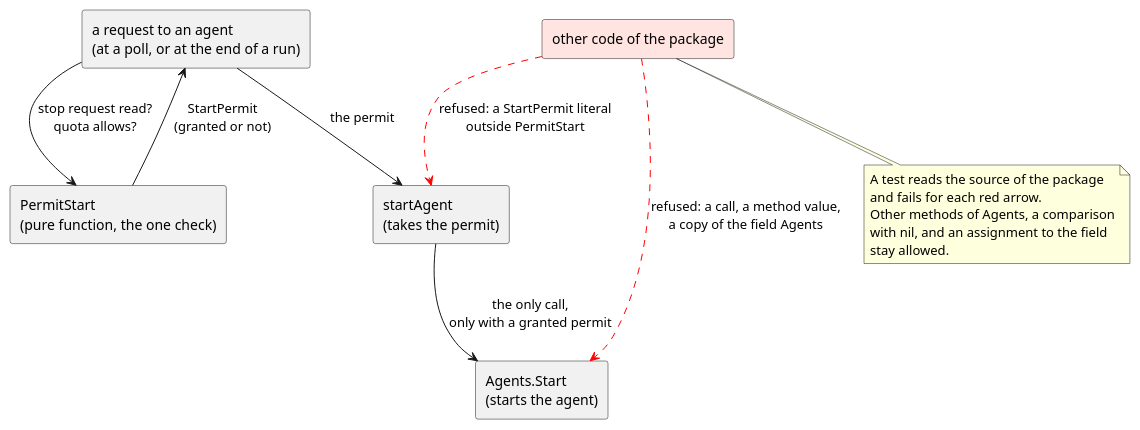
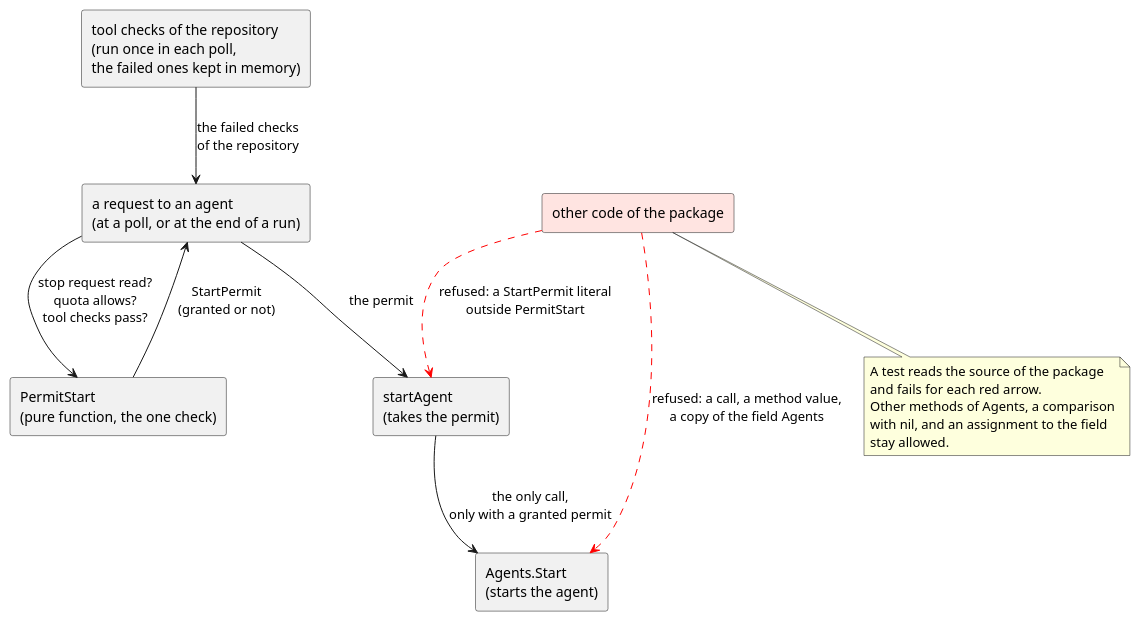
One commit to cloveclovedev/cumin-works changed the diagram in docs/ja/designs/agent-start-single-caller.puml. Above: the diagram before and after it, drawn with PlantUML. The commit also changed 17 other files, not shown here.

First line of the commit message:
feat(workflow): start no agent for a repository while a tool check fails (#785)

```diff
--- a/docs/ja/designs/agent-start-single-caller.puml
+++ b/docs/ja/designs/agent-start-single-caller.puml
@@ -1,29 +1,31 @@
 @startuml agent-start-single-caller
 ' cumin works - the one check before a start and the single caller of Agents.Start, with the ways around that a test refuses.
-' Document: cumin-core.md, topic on the stop after the runs.
+' Document: cumin-core.md, topics on the stop after the runs and on the run of the tool checks.
 ' Render: run scripts/render-diagrams.sh at the root of the repository.
 skinparam shadowing false
 skinparam defaultFontName sans-serif
 
 rectangle "a request to an agent\n(at a poll, or at the end of a run)" as request
+rectangle "tool checks of the repository\n(run once in each poll,\nthe failed ones kept in memory)" as tools
 rectangle "PermitStart\n(pure function, the one check)" as check
 rectangle "startAgent\n(takes the permit)" as caller
 rectangle "Agents.Start\n(starts the agent)" as start
 rectangle "other code of the package" as other #MistyRose
 
-request --> check : stop request read?\nquota allows?
+tools --> request : the failed checks\nof the repository
+request --> check : stop request read?\nquota allows?\ntool checks pass?
 check --> request : StartPermit\n(granted or not)
 request --> caller : the permit
 caller --> start : the only call,\nonly with a granted permit
 
 other -[#red,dashed]-> start : refused: a call, a method value,\na copy of the field Agents
 other -[#red,dashed]-> caller : refused: a StartPermit literal\noutside PermitStart
 
 note bottom of other
   A test reads the source of the package
   and fails for each red arrow.
   Other methods of Agents, a comparison
   with nil, and an assignment to the field
   stay allowed.
 end note
 @enduml
```
